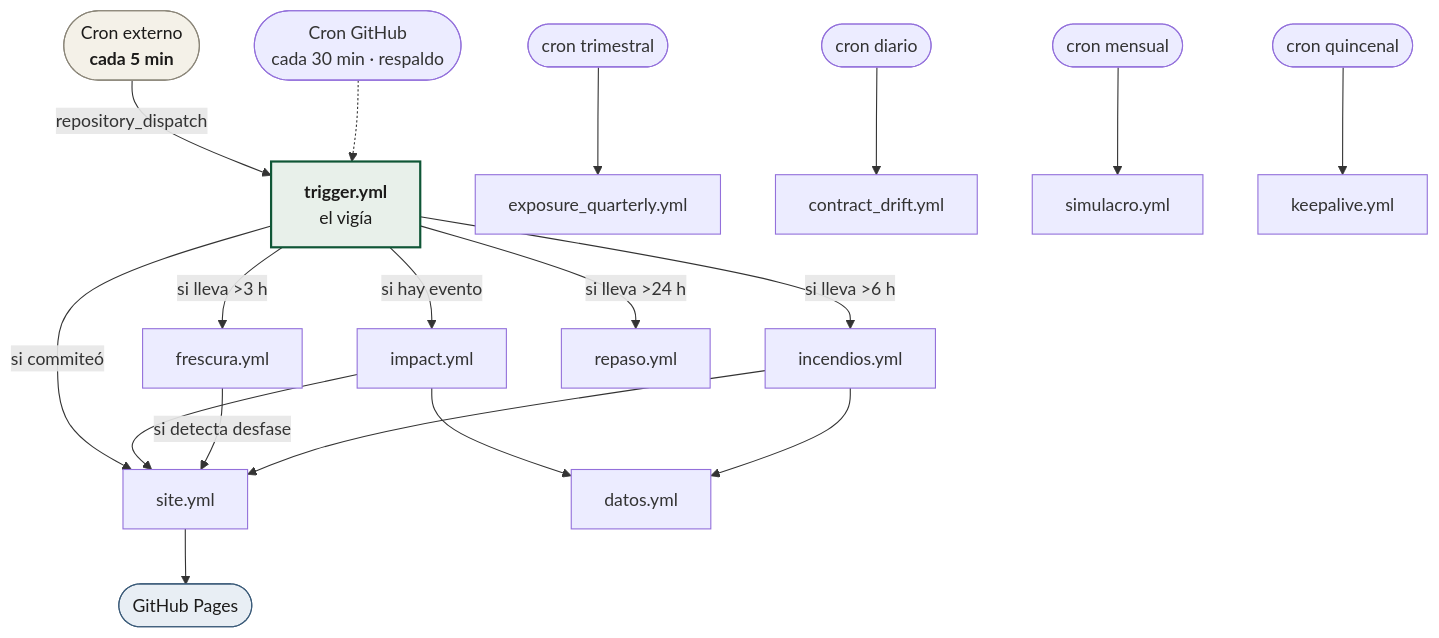
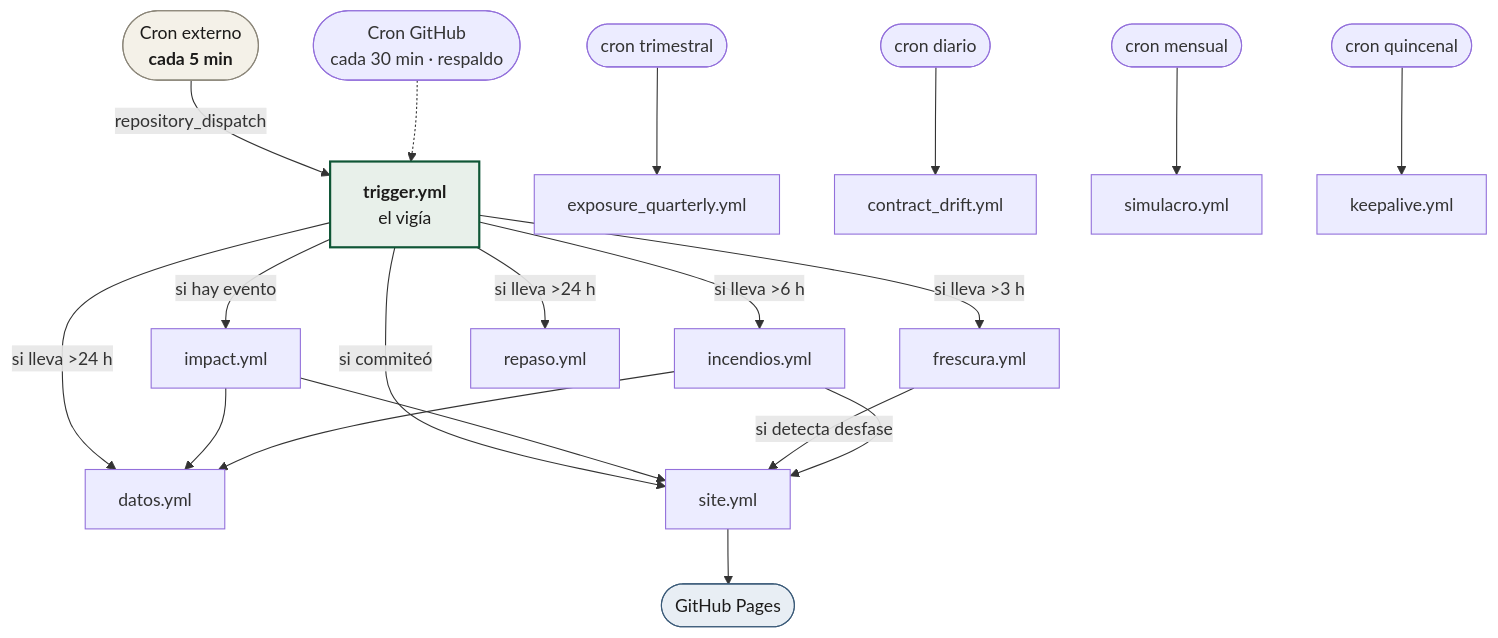
Before and after one commit to sforero77/CENTINELA: the diagram in docs/acciones/README.md, drawn with Mermaid. The commit also changed other lines of this file and 20 other files, not shown here.

````diff
--- a/docs/acciones/README.md
+++ b/docs/acciones/README.md
@@ -39,30 +39,31 @@
 ```mermaid
 flowchart TB
   EXT(["Cron externo<br/><b>cada 5 min</b>"]) -->|repository_dispatch| TRIG
   INT(["Cron GitHub<br/>cada 30 min · respaldo"]) -.-> TRIG
 
   TRIG["<b>trigger.yml</b><br/>el vigía"]
 
   TRIG -->|"si hay evento"| IMP["impact.yml"]
   TRIG -->|"si lleva &gt;3 h"| FRE["frescura.yml"]
   TRIG -->|"si lleva &gt;6 h"| INC["incendios.yml"]
   TRIG -->|"si lleva &gt;24 h"| REP["repaso.yml"]
+  TRIG -->|"si lleva &gt;24 h"| DAT
   TRIG -->|"si commiteó"| SIT["site.yml"]
 
   IMP --> SIT
   FRE -->|"si detecta desfase"| SIT
   INC --> SIT
   IMP --> DAT["datos.yml"]
   INC --> DAT
 
   SIT --> PAGES(["GitHub Pages"])
 
   CQ(["cron trimestral"]) --> EXQ["exposure_quarterly.yml"]
   CD(["cron diario"]) --> DRIFT["contract_drift.yml"]
   CM(["cron mensual"]) --> SIM["simulacro.yml"]
   CK(["cron quincenal"]) --> KEEP["keepalive.yml"]
 
   style TRIG fill:#e8f0ea,stroke:#0f5636,stroke-width:2px,color:#1c1b1a
   style EXT fill:#f4f1e8,stroke:#8a8578,color:#1c1b1a
   style PAGES fill:#e8eef4,stroke:#3a5a78,color:#1c1b1a
 ```
````
